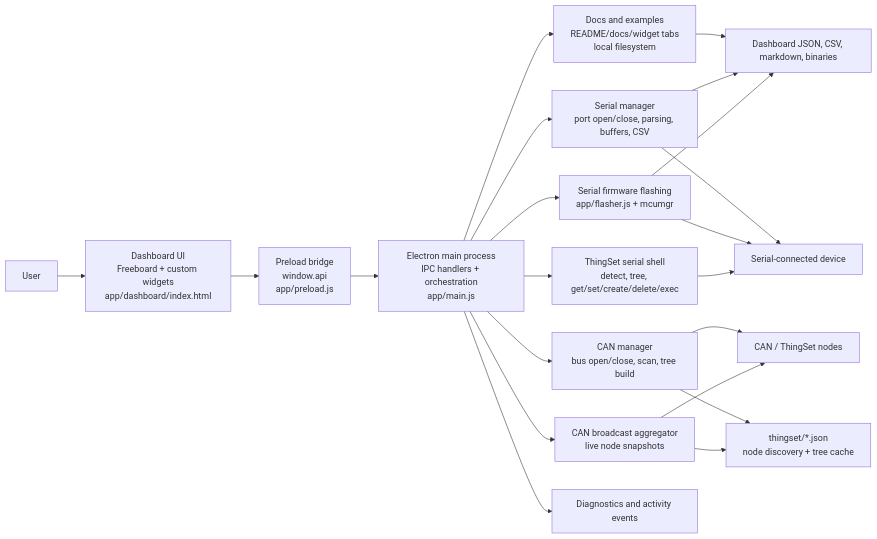
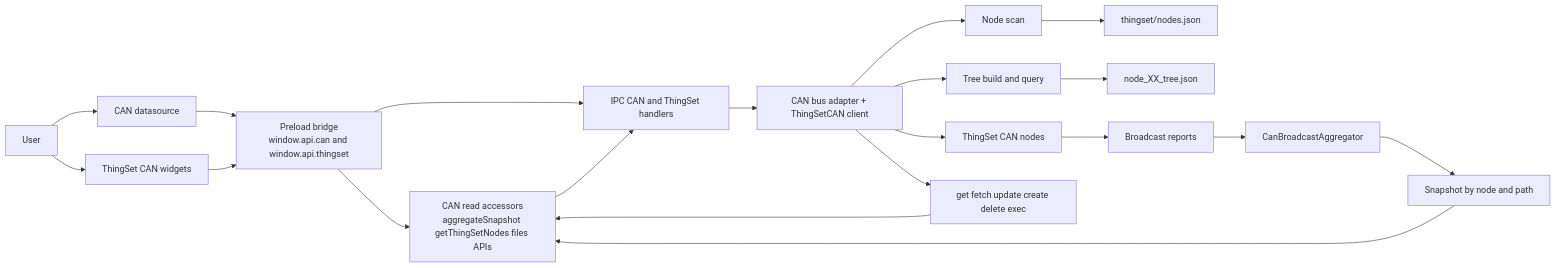
The fifth of 6 diagrams in app/functional_diagram.md (luizvilla/modular), drawn with Mermaid before and after one commit. The commit also changed other lines of this file, not shown here.

Commit message:
[docs] update of the functional diagram to give a more "flow" approach to the code

````diff
--- a/app/functional_diagram.md
+++ b/app/functional_diagram.md
@@ -8,27 +219,30 @@
 ```mermaid
 flowchart LR
-    U[User] --> UI[Dashboard UI<br/>Freeboard + custom widgets<br/>app/dashboard/index.html]
-    UI --> PRELOAD[Preload bridge<br/>window.api<br/>app/preload.js]
-    PRELOAD --> IPC[Electron main process<br/>IPC handlers + orchestration<br/>app/main.js]
+    U[User]
 
-    IPC --> DOCS[Docs and examples<br/>README/docs/widget tabs<br/>local filesystem]
-    IPC --> SERIAL[Serial manager<br/>port open/close, parsing, buffers, CSV]
-    IPC --> FLASH[Serial firmware flashing<br/>app/flasher.js + mcumgr]
-    IPC --> TSSERIAL[ThingSet serial shell<br/>detect, tree, get/set/create/delete/exec]
-    IPC --> CAN[CAN manager<br/>bus open/close, scan, tree build]
-    IPC --> AGG[CAN broadcast aggregator<br/>live node snapshots]
-    IPC --> DIAG[Diagnostics and activity events]
+    U --> CANDS[CAN datasource]
+    U --> TSCW[ThingSet CAN widgets]
 
-    SERIAL --> HW1[Serial-connected device]
-    FLASH --> HW1
-    TSSERIAL --> HW1
+    CANDS --> PRELOAD[Preload bridge<br/>window.api.can and window.api.thingset]
+    TSCW --> PRELOAD
 
-    CAN --> HW2[CAN / ThingSet nodes]
-    AGG --> HW2
+    PRELOAD --> CANACCESS[CAN read accessors<br/>aggregateSnapshot getThingSetNodes files APIs]
+    PRELOAD --> MAIN[IPC CAN and ThingSet handlers]
+    CANACCESS --> MAIN
+    MAIN --> BUS[CAN bus adapter + ThingSetCAN client]
+    BUS --> NODES[ThingSet CAN nodes]
 
-    CAN --> TSFILES[thingset/*.json<br/>node discovery + tree cache]
-    AGG --> TSFILES
-    DOCS --> FILES[Dashboard JSON, CSV, markdown, binaries]
-    SERIAL --> FILES
-    FLASH --> FILES
+    BUS --> SCAN[Node scan]
+    SCAN --> FILES[thingset/nodes.json]
+
+    BUS --> TREE[Tree build and query]
+    TREE --> FILES2[node_XX_tree.json]
+
+    BUS --> OPS[get fetch update create delete exec]
+    OPS --> CANACCESS
+
+    NODES --> REPORTS[Broadcast reports]
+    REPORTS --> AGG[CanBroadcastAggregator]
+    AGG --> SNAP[Snapshot by node and path]
+    SNAP --> CANACCESS
 ```
````
